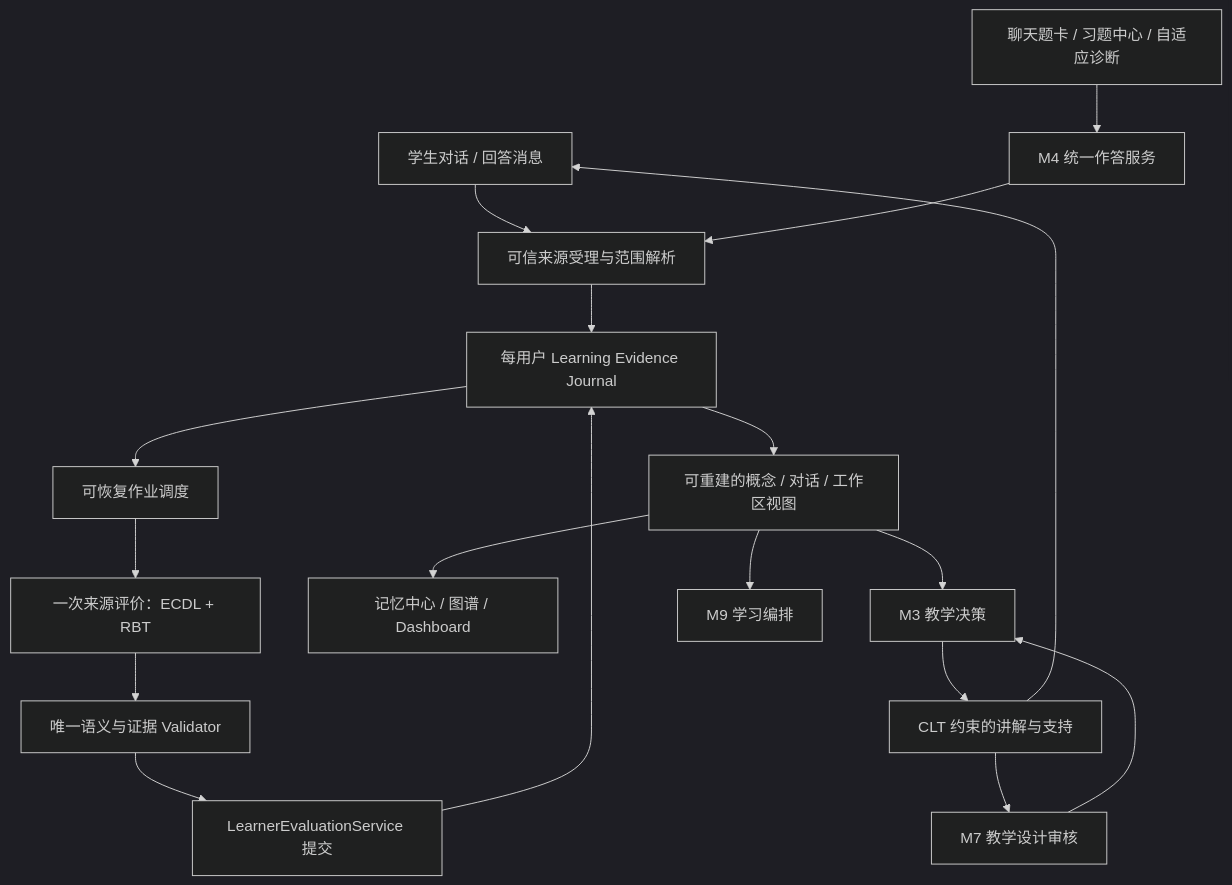
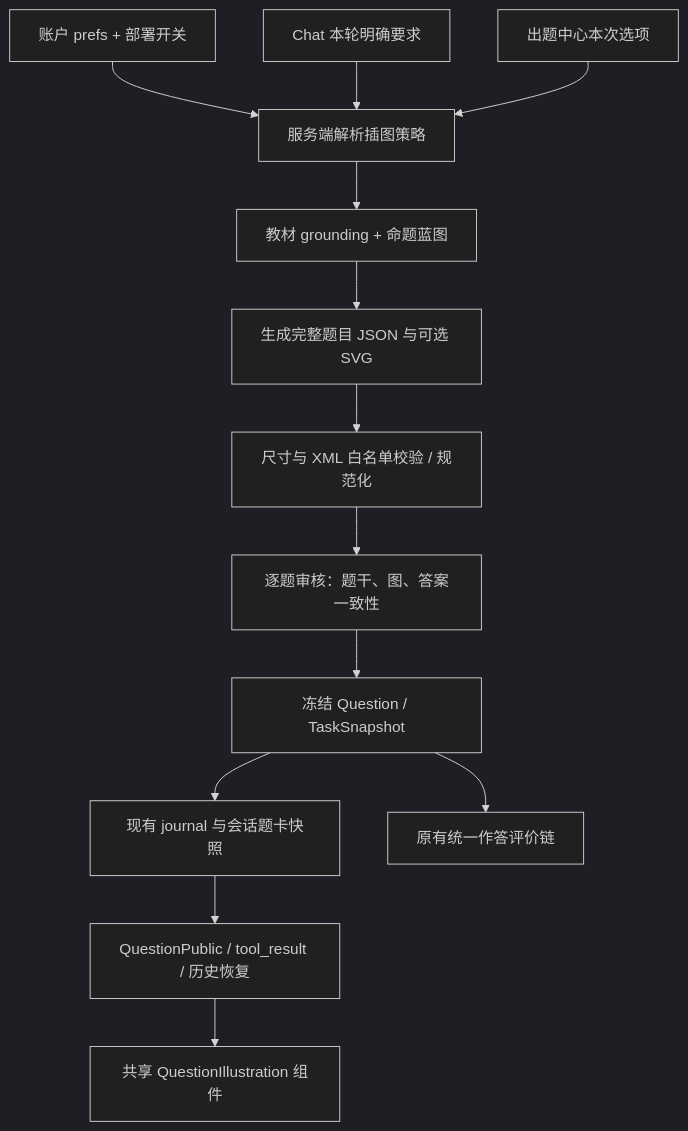
The diagram in plan.md (invincible-summer/Next-Tutor-Agent), drawn with Mermaid (dark theme) before and after one commit. The commit also changed other lines of this file and 209 other files, not shown here.

````diff
--- a/plan.md
+++ b/plan.md
@@ -338,20 +83,15 @@
 ```mermaid
 flowchart TD
-  Chat[学生对话 / 回答消息] --> Receipt[可信来源受理与范围解析]
-  Quiz[聊天题卡 / 习题中心 / 自适应诊断] --> M4[M4 统一作答服务]
-  M4 --> Receipt
-  Receipt --> Journal[每用户 Learning Evidence Journal]
-  Journal --> Jobs[可恢复作业调度]
-  Jobs --> LLM[一次来源评价：ECDL + RBT]
-  LLM --> Gate[唯一语义与证据 Validator]
-  Gate --> Commit[LearnerEvaluationService 提交]
-  Commit --> Journal
-  Journal --> Views[可重建的概念 / 对话 / 工作区视图]
-  Views --> UI[记忆中心 / 图谱 / Dashboard]
-  Views --> Teach[M3 教学决策]
-  Views --> Plan[M9 学习编排]
-  Teach --> Tutor[CLT 约束的讲解与支持]
-  Tutor --> Chat
-  Tutor --> CLT[M7 教学设计审核]
-  CLT --> Teach
+  P[账户 prefs + 部署开关] --> R[服务端解析插图策略]
+  C[Chat 本轮明确要求] --> R
+  A[出题中心本次选项] --> R
+  R --> B[教材 grounding + 命题蓝图]
+  B --> G[生成完整题目 JSON 与可选 SVG]
+  G --> S[尺寸与 XML 白名单校验 / 规范化]
+  S --> V[逐题审核：题干、图、答案一致性]
+  V --> F[冻结 Question / TaskSnapshot]
+  F --> J[现有 journal 与会话题卡快照]
+  J --> U[QuestionPublic / tool_result / 历史恢复]
+  U --> Q[共享 QuestionIllustration 组件]
+  F --> E[原有统一作答评价链]
 ```
````
